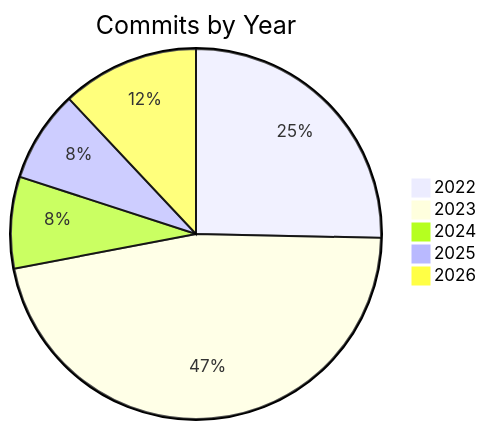
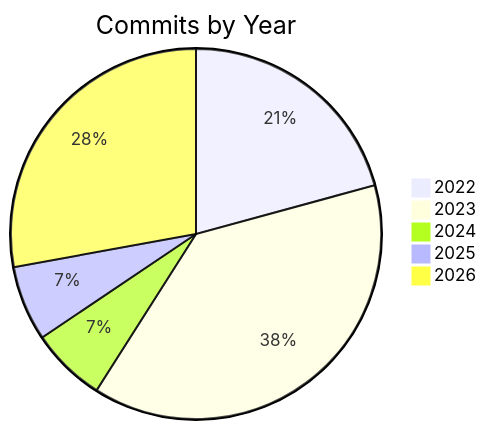
One commit to Wycott/PingUtil changed the diagram in digest.md. Above: the diagram before and after it, drawn with Mermaid. The commit also changed other lines of this file, not shown here.

````diff
--- a/digest.md
+++ b/digest.md
@@ -44,8 +40,8 @@
 ```mermaid
 pie title Commits by Year
     "2022" : 38
     "2023" : 70
     "2024" : 12
     "2025" : 12
-    "2026" : 18
+    "2026" : 51
 ```
````
